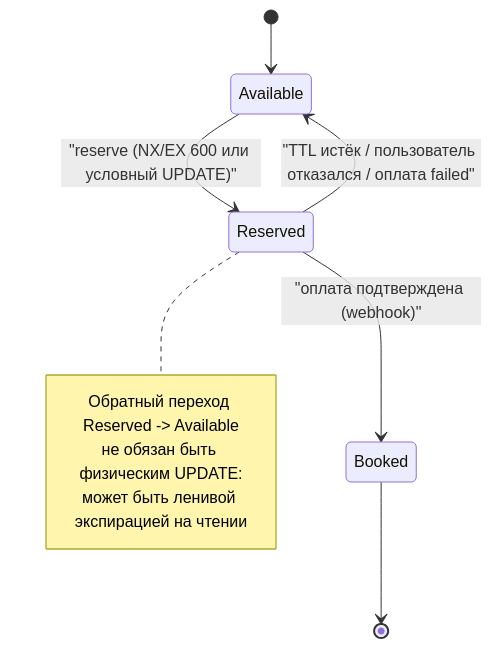
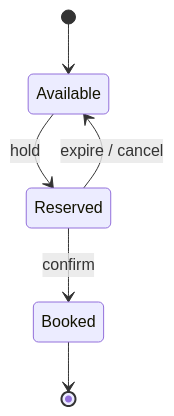
One commit to AlohaJava/system-design-interview-chamkin changed the third of 5 diagrams in 02-case-studies/ticket-booking.md. Above: the diagram before and after it, drawn with Mermaid. The commit also changed other lines of this file and 49 other files, not shown here.

````diff
--- a/02-case-studies/ticket-booking.md
+++ b/02-case-studies/ticket-booking.md
@@ -264,13 +251,8 @@
 ```mermaid
 stateDiagram-v2
     [*] --> Available
-    Available --> Reserved : "reserve (NX/EX 600 или условный UPDATE)"
-    Reserved --> Booked : "оплата подтверждена (webhook)"
-    Reserved --> Available : "TTL истёк / пользователь отказался / оплата failed"
+    Available --> Reserved: hold
+    Reserved --> Booked: confirm
+    Reserved --> Available: expire / cancel
     Booked --> [*]
-    note right of Reserved
-        Обратный переход Reserved -> Available
-        не обязан быть физическим UPDATE:
-        может быть ленивой экспирацией на чтении
-    end note
 ```
````
